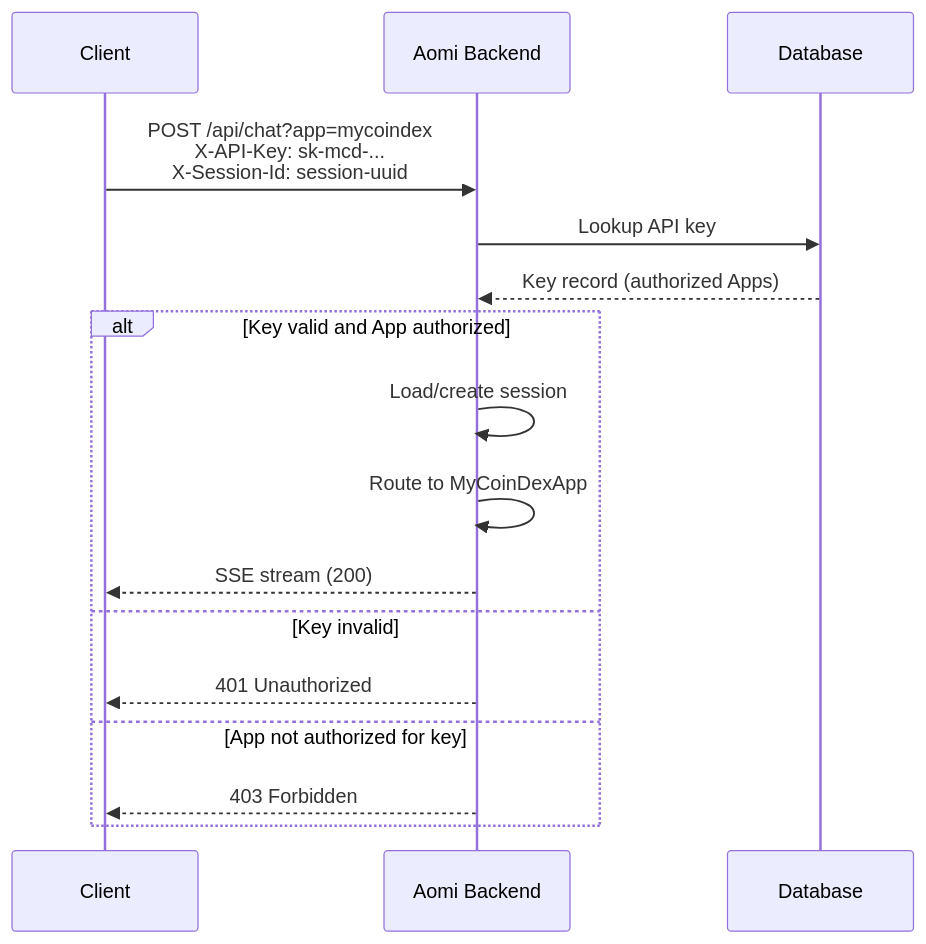
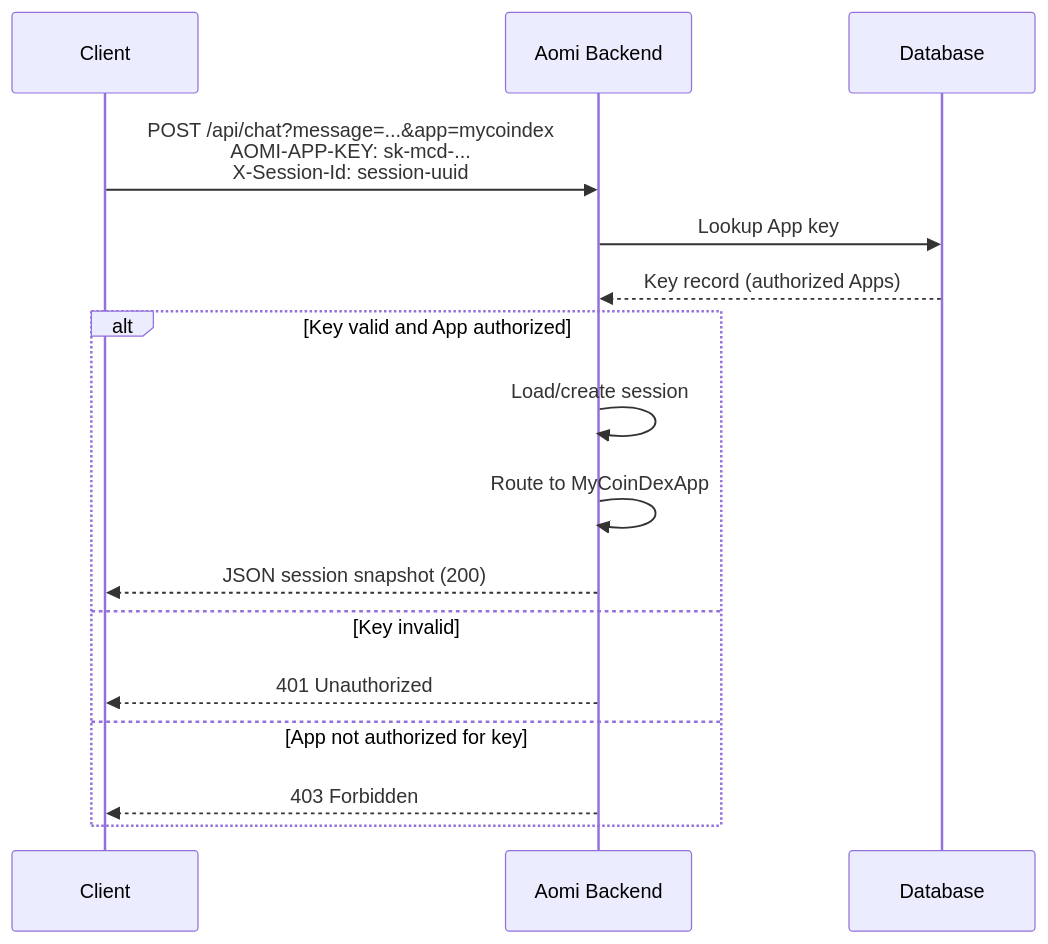
The diagram in reference/apps-auth.mdx (aomi-labs/docs), drawn with Mermaid before and after one commit. The commit also changed other lines of this file and 31 other files, not shown here.

````diff
--- a/reference/apps-auth.mdx
+++ b/reference/apps-auth.mdx
@@ -56,20 +54,20 @@
 ```mermaid
 sequenceDiagram
     participant Client
     participant Backend as Aomi Backend
     participant DB as Database
 
-    Client->>Backend: POST /api/chat?app=mycoindex<br/>X-API-Key: sk-mcd-...<br/>X-Session-Id: session-uuid
-    Backend->>DB: Lookup API key
+    Client->>Backend: POST /api/chat?message=...&app=mycoindex<br/>AOMI-APP-KEY: sk-mcd-...<br/>X-Session-Id: session-uuid
+    Backend->>DB: Lookup App key
     DB-->>Backend: Key record (authorized Apps)
 
     alt Key valid and App authorized
         Backend->>Backend: Load/create session
         Backend->>Backend: Route to MyCoinDexApp
-        Backend-->>Client: SSE stream (200)
+        Backend-->>Client: JSON session snapshot (200)
     else Key invalid
         Backend-->>Client: 401 Unauthorized
     else App not authorized for key
         Backend-->>Client: 403 Forbidden
     end
 ```
````
